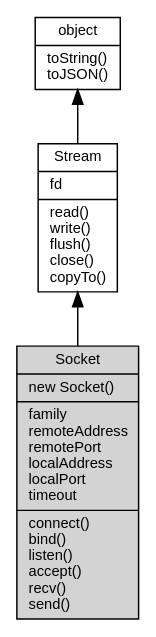
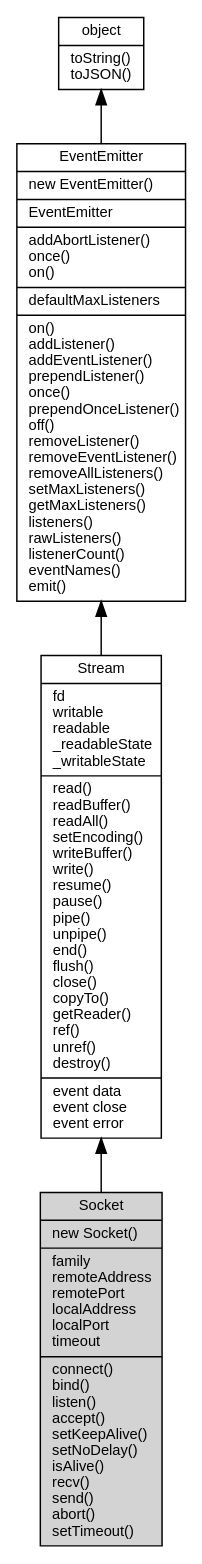
One commit to fibjs/fibjs.org changed the diagram in docs/manual/object/ifs/Socket.md. Above: the diagram before and after it, drawn with Graphviz. The commit also changed other lines of this file and 148 other files, not shown here.

First line of the commit message:
feat: add ZlibCodec documentation and update object graph

````diff
--- a/docs/manual/object/ifs/Socket.md
+++ b/docs/manual/object/ifs/Socket.md
@@ -11,12 +18,14 @@
 ```dot
 digraph {
     node [fontname="Helvetica,sans-Serif", fontsize=10, shape="record", style="filled", fillcolor="white"];
 
     object [tooltip="object", URL="object.md", label="{object|toString()\ltoJSON()\l}"];
-    Stream [tooltip="Stream", URL="Stream.md", label="{Stream|fd\l|read()\lwrite()\lflush()\lclose()\lcopyTo()\l}"];
-    Socket [tooltip="Socket", fillcolor="lightgray", id="me", label="{Socket|new Socket()\l|family\lremoteAddress\lremotePort\llocalAddress\llocalPort\ltimeout\l|connect()\lbind()\llisten()\laccept()\lrecv()\lsend()\l}"];
+    EventEmitter [tooltip="EventEmitter", URL="EventEmitter.md", label="{EventEmitter|new EventEmitter()\l|EventEmitter\l|addAbortListener()\lonce()\lon()\l|defaultMaxListeners\l|on()\laddListener()\laddEventListener()\lprependListener()\lonce()\lprependOnceListener()\loff()\lremoveListener()\lremoveEventListener()\lremoveAllListeners()\lsetMaxListeners()\lgetMaxListeners()\llisteners()\lrawListeners()\llistenerCount()\leventNames()\lemit()\l}"];
+    Stream [tooltip="Stream", URL="Stream.md", label="{Stream|fd\lwritable\lreadable\l_readableState\l_writableState\l|read()\lreadBuffer()\lreadAll()\lsetEncoding()\lwriteBuffer()\lwrite()\lresume()\lpause()\lpipe()\lunpipe()\lend()\lflush()\lclose()\lcopyTo()\lgetReader()\lref()\lunref()\ldestroy()\l|event data\levent close\levent error\l}"];
+    Socket [tooltip="Socket", fillcolor="lightgray", id="me", label="{Socket|new Socket()\l|family\lremoteAddress\lremotePort\llocalAddress\llocalPort\ltimeout\l|connect()\lbind()\llisten()\laccept()\lsetKeepAlive()\lsetNoDelay()\lisAlive()\lrecv()\lsend()\labort()\lsetTimeout()\l}"];
 
-    object -> Stream [dir=back];
+    object -> EventEmitter [dir=back];
+    EventEmitter -> Stream [dir=back];
     Stream -> Socket [dir=back];
 }
 ```
````
